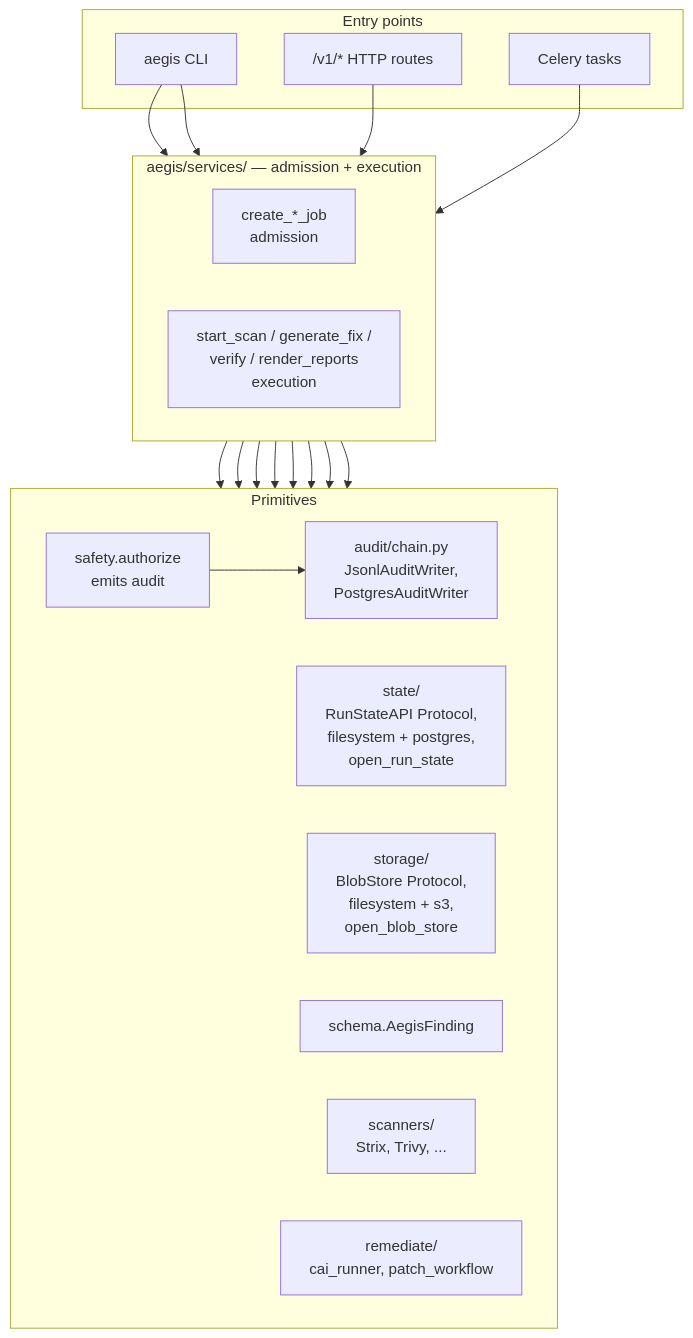
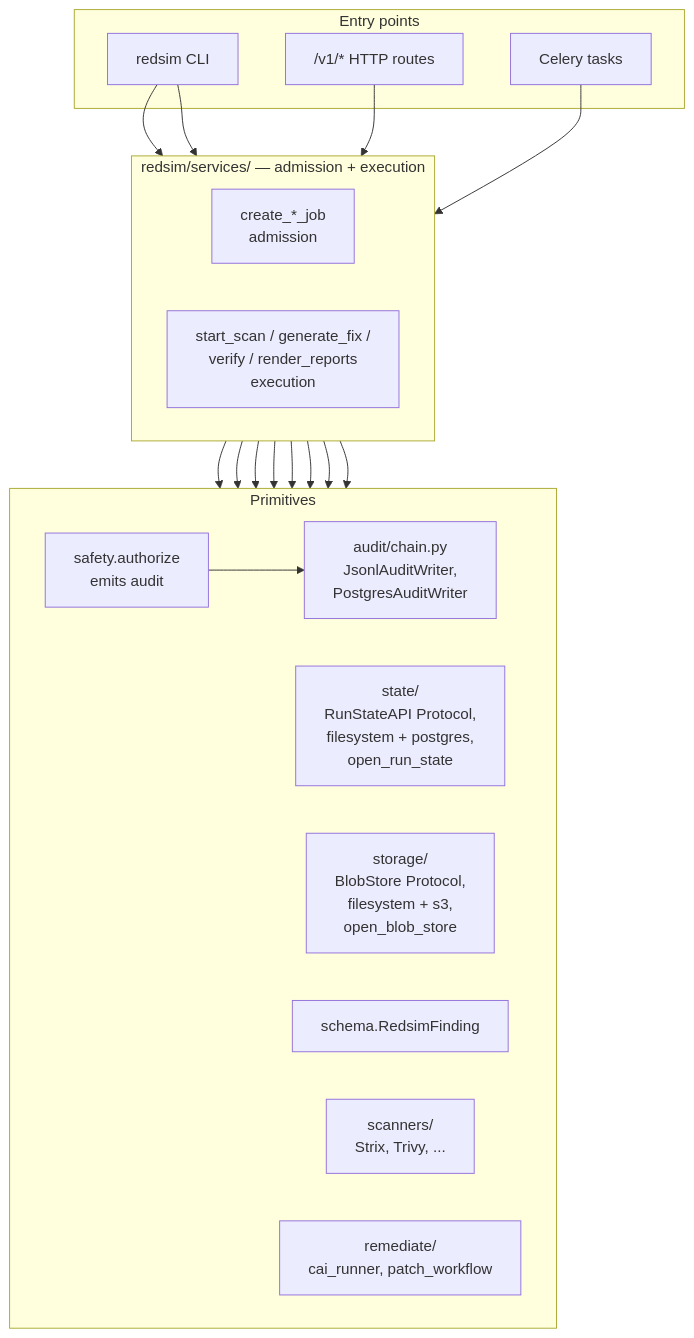
The fifth of 6 diagrams in docs/architecture/overview.md (IntelliBridge/ndia-red-team-simulator), drawn with Mermaid before and after one commit. The commit also changed other lines of this file and 27 other files, not shown here.

````diff
--- a/docs/architecture/overview.md
+++ b/docs/architecture/overview.md
@@ -246,39 +246,39 @@
 ```mermaid
 flowchart TB
   subgraph Entry["Entry points"]
-    cli["aegis CLI"]
+    cli["redsim CLI"]
     api["/v1/* HTTP routes"]
     worker["Celery tasks"]
   end
 
-  subgraph Services["aegis/services/ — admission + execution"]
+  subgraph Services["redsim/services/ — admission + execution"]
     direction LR
     create["create_*_job<br/>admission"]
     execute["start_scan / generate_fix /<br/>verify / render_reports<br/>execution"]
   end
 
   subgraph Primitives["Primitives"]
     direction LR
     safety["safety.authorize<br/>emits audit"]
     chain["audit/chain.py<br/>JsonlAuditWriter,<br/>PostgresAuditWriter"]
     state["state/<br/>RunStateAPI Protocol,<br/>filesystem + postgres,<br/>open_run_state"]
     storage["storage/<br/>BlobStore Protocol,<br/>filesystem + s3,<br/>open_blob_store"]
-    schema["schema.AegisFinding"]
+    schema["schema.RedsimFinding"]
     scanners["scanners/<br/>Strix, Trivy, ..."]
     remediate["remediate/<br/>cai_runner, patch_workflow"]
   end
 
   cli --> create
   cli --> execute
   api --> create
   worker --> execute
   create --> safety
   execute --> safety
   safety --> chain
   create --> state
   execute --> state
   execute --> storage
   execute --> schema
   execute --> scanners
   execute --> remediate
 ```
````
